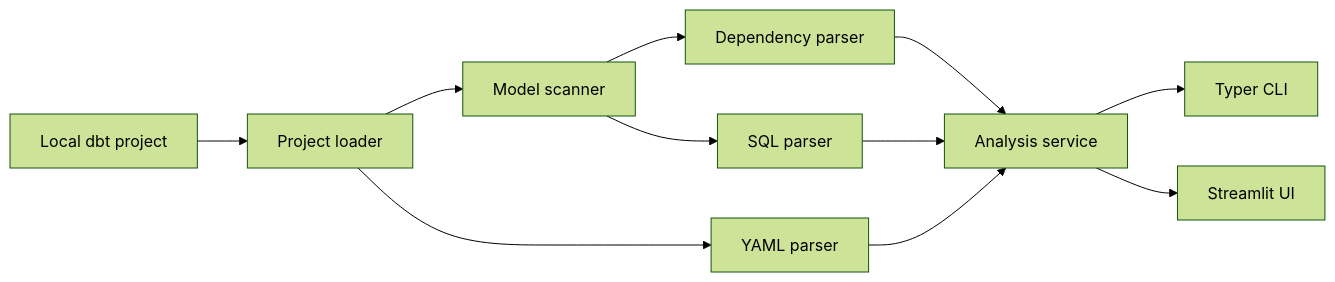
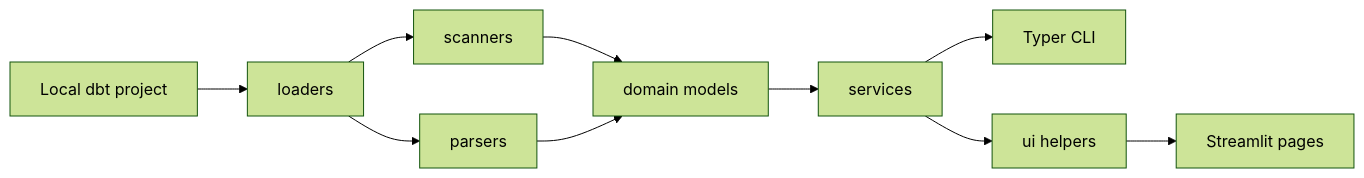
Before and after one commit to negativexq/dbt-feature-lineage: the diagram in README.md, drawn with Mermaid (forest theme). The commit also changed other lines of this file and 2 other files, not shown here.

````diff
--- a/README.md
+++ b/README.md
@@ -55,13 +51,12 @@
 ```mermaid
 flowchart LR
-    A[Local dbt project] --> B[Project loader]
-    B --> C[Model scanner]
-    B --> D[YAML parser]
-    C --> E[Dependency parser]
-    C --> F[SQL parser]
-    E --> G[Analysis service]
-    F --> G
-    D --> G
-    G --> H[Typer CLI]
-    G --> I[Streamlit UI]
+    A[Local dbt project] --> B[loaders]
+    B --> C[scanners]
+    B --> D[parsers]
+    C --> E[domain models]
+    D --> E
+    E --> F[services]
+    F --> G[Typer CLI]
+    F --> H[ui helpers]
+    H --> I[Streamlit pages]
 ```
````
